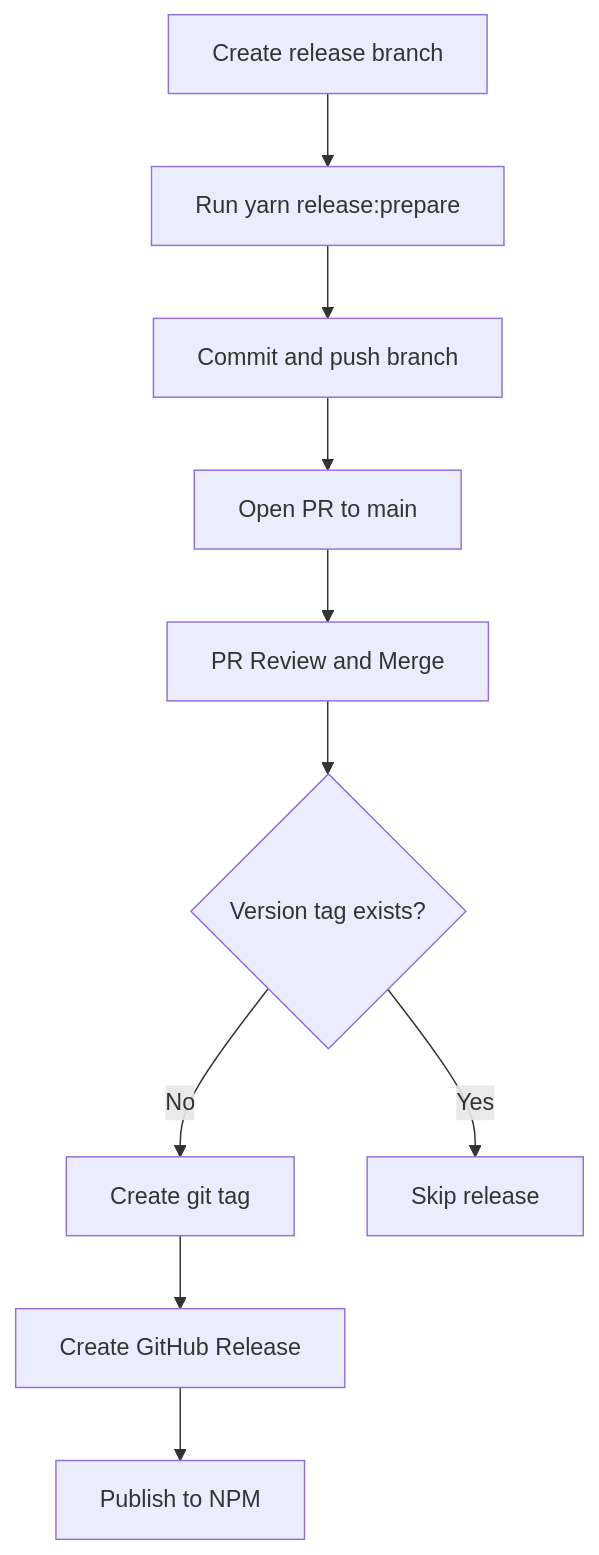
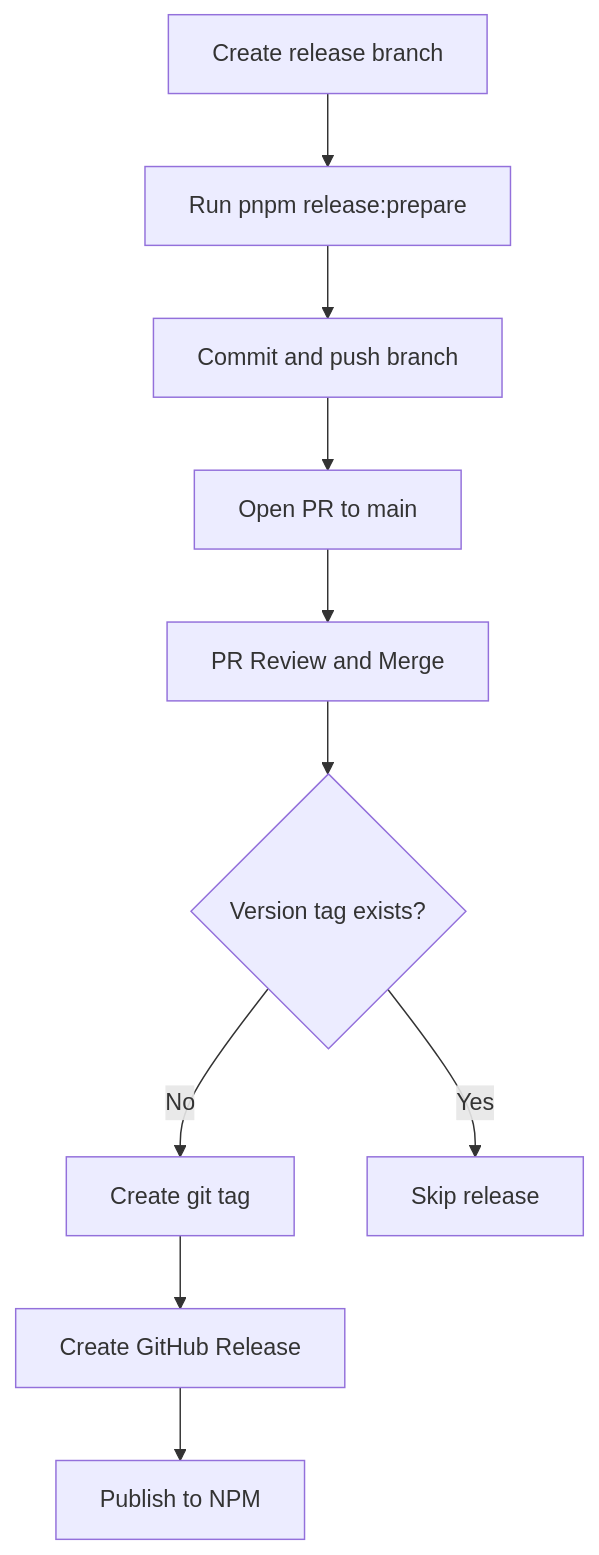
One commit to stackbuilders/nuxt-utm changed the diagram in docs/RELEASING.md. Above: the diagram before and after it, drawn with Mermaid. The commit also changed other lines of this file and 14 other files, not shown here.

````diff
--- a/docs/RELEASING.md
+++ b/docs/RELEASING.md
@@ -9,12 +9,12 @@
 ```mermaid
 flowchart TD
-    A[Create release branch] --> B[Run yarn release:prepare]
+    A[Create release branch] --> B[Run pnpm release:prepare]
     B --> C[Commit and push branch]
     C --> D[Open PR to main]
     D --> E[PR Review and Merge]
     E --> F{Version tag exists?}
     F -->|No| G[Create git tag]
     G --> H[Create GitHub Release]
     H --> I[Publish to NPM]
     F -->|Yes| J[Skip release]
 ```
````
